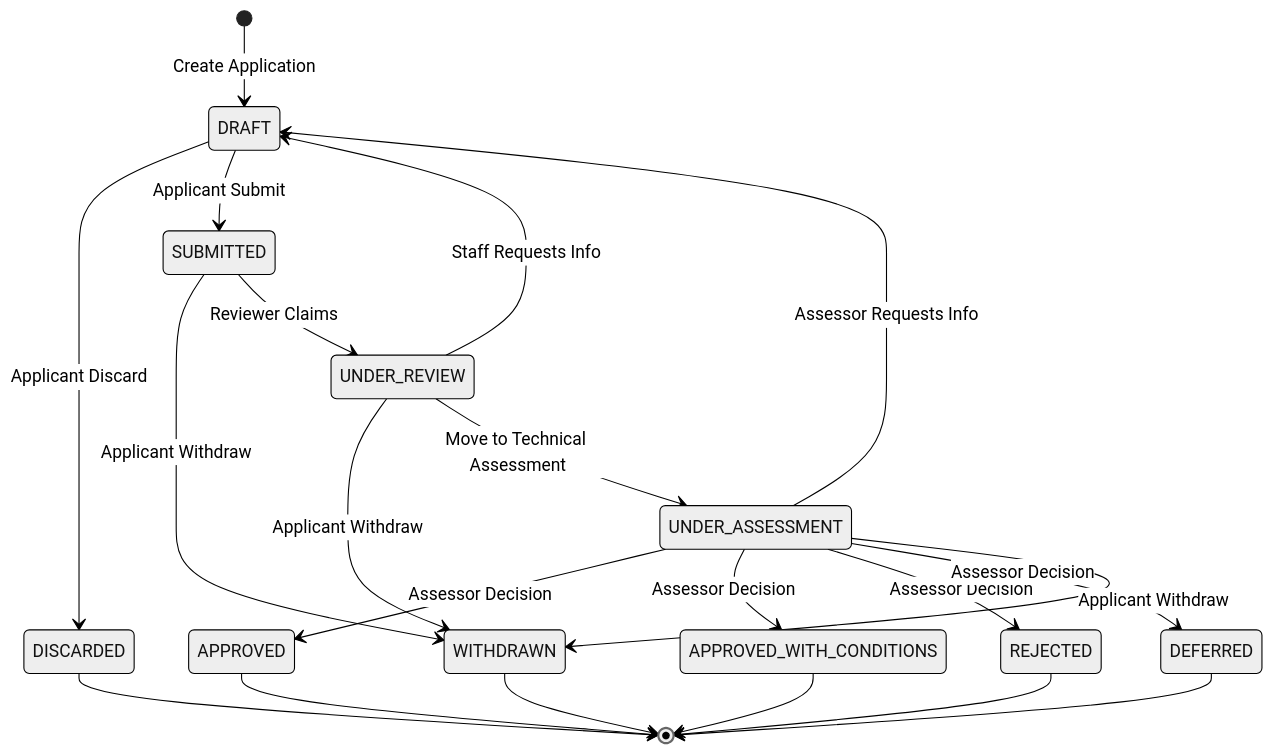
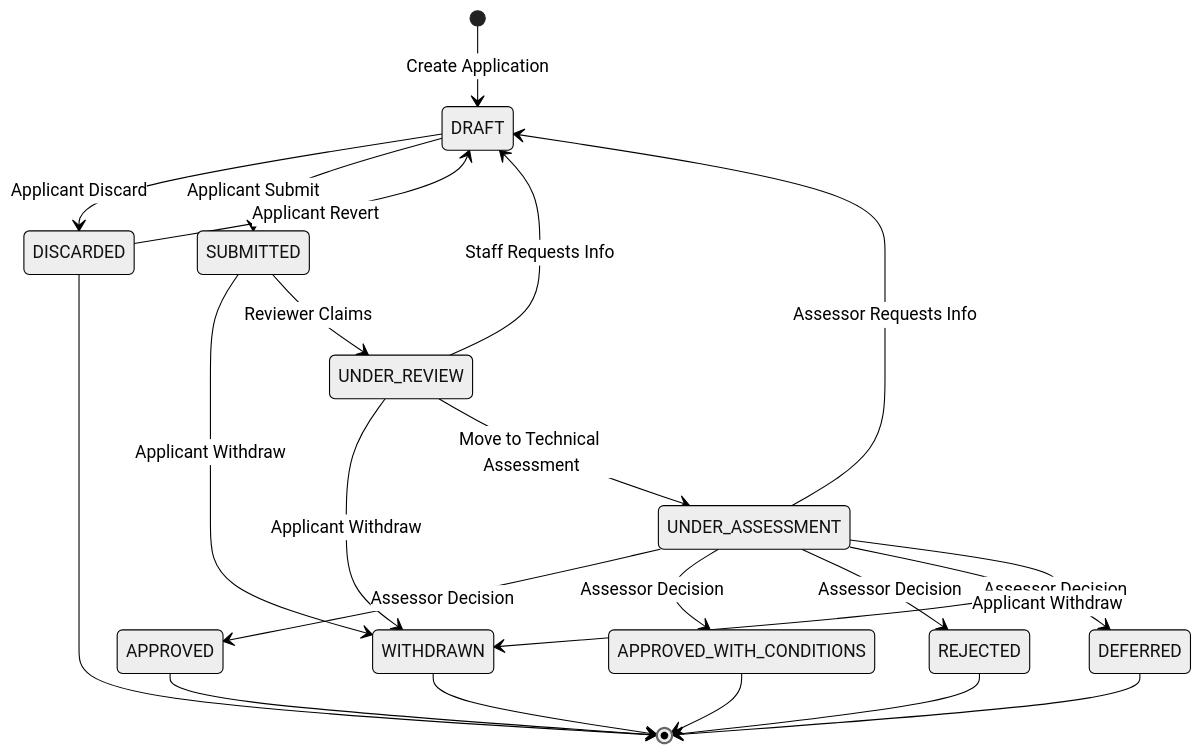
Before and after one commit to dbca-wa/authorisations: the diagram in docs/STATUS-WORKFLOW.md, drawn with Mermaid (neutral theme). The commit also changed other lines of this file and 1 other file, not shown here.

````diff
--- a/docs/STATUS-WORKFLOW.md
+++ b/docs/STATUS-WORKFLOW.md
@@ -45,29 +57,30 @@
 ```mermaid
 stateDiagram-v2
     [*] --> DRAFT : Create Application
     
     DRAFT --> DISCARDED : Applicant Discard
     DRAFT --> SUBMITTED : Applicant Submit
+    DISCARDED --> DRAFT : Applicant Revert
     
     SUBMITTED --> WITHDRAWN : Applicant Withdraw
     SUBMITTED --> UNDER_REVIEW : Reviewer Claims
     
     UNDER_REVIEW --> DRAFT : Staff Requests Info
     UNDER_REVIEW --> WITHDRAWN : Applicant Withdraw
     
     UNDER_REVIEW --> UNDER_ASSESSMENT : Move to Technical Assessment
     
     UNDER_ASSESSMENT --> APPROVED : Assessor Decision
     UNDER_ASSESSMENT --> APPROVED_WITH_CONDITIONS : Assessor Decision
     UNDER_ASSESSMENT --> REJECTED : Assessor Decision
     UNDER_ASSESSMENT --> DEFERRED : Assessor Decision
     UNDER_ASSESSMENT --> DRAFT : Assessor Requests Info
     UNDER_ASSESSMENT --> WITHDRAWN : Applicant Withdraw
 
     APPROVED --> [*]
     APPROVED_WITH_CONDITIONS --> [*]
     REJECTED --> [*]
     DEFERRED --> [*]
     DISCARDED --> [*]
     WITHDRAWN --> [*]
 ```
````
